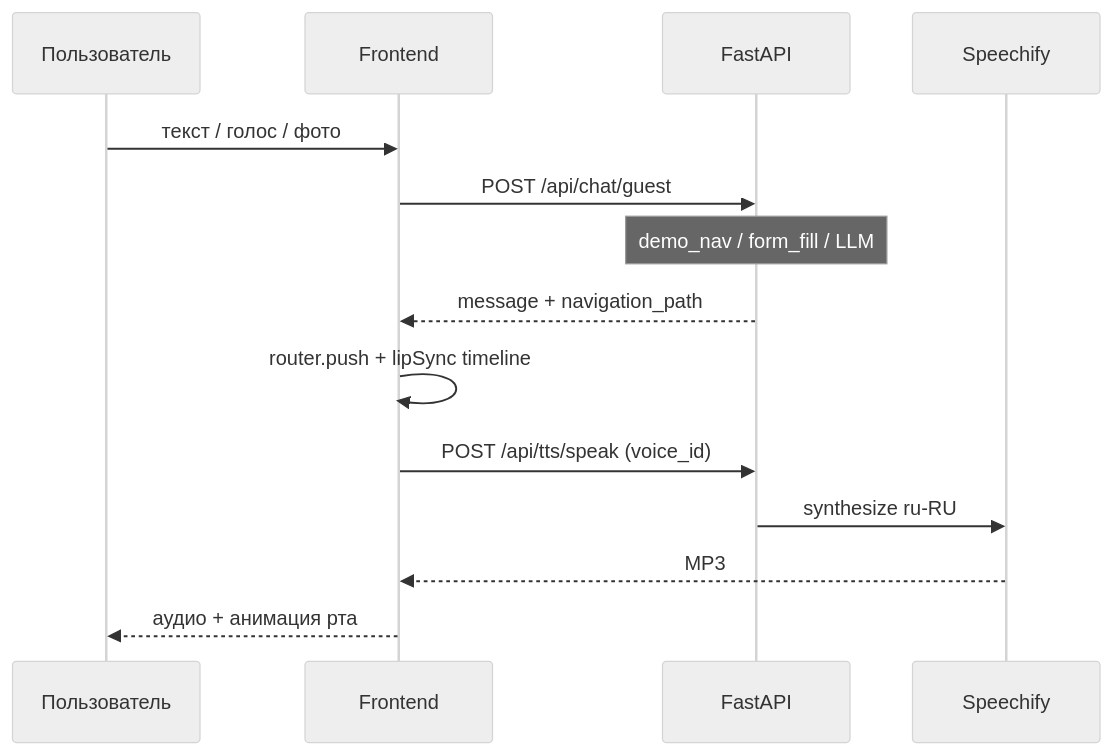
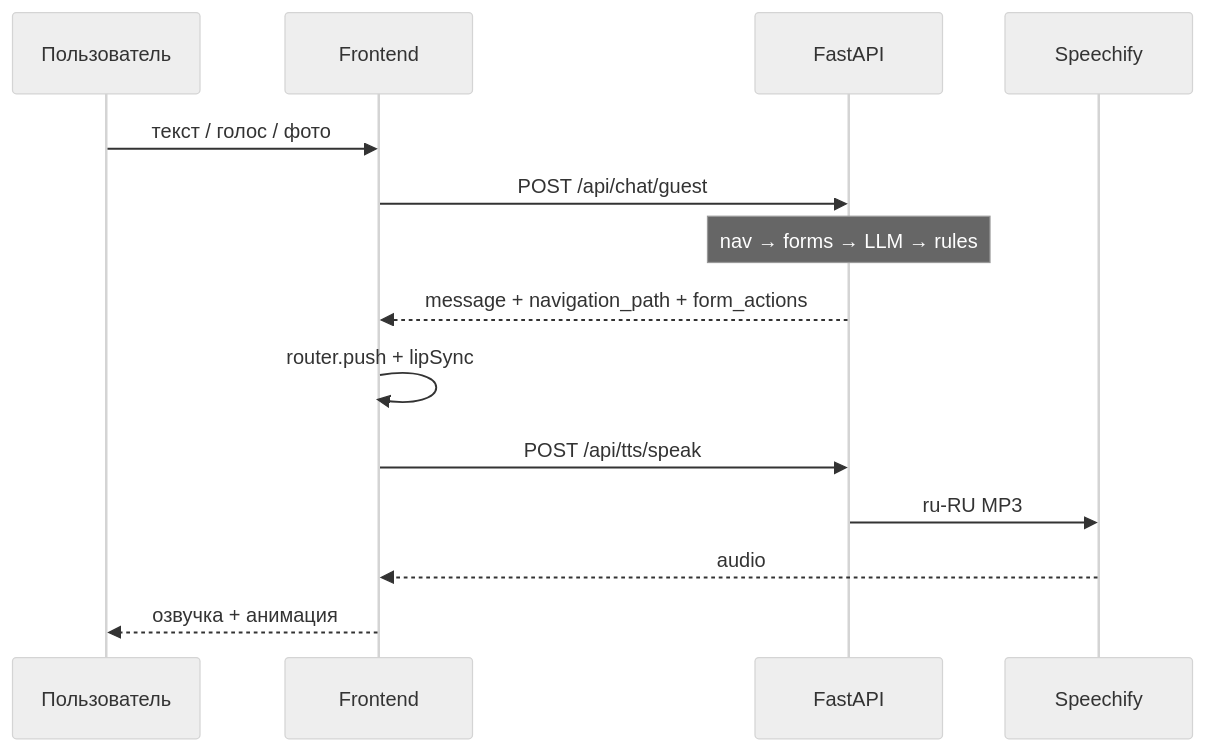
The fifth of 5 diagrams in docs/ARCHITECTURE.md (grrraaaa/mvp), drawn with Mermaid (neutral theme) before and after one commit. The commit also changed other lines of this file and 11 other files, not shown here.

First line of the commit message:
docs: add FEATURE_MAP with Mermaid diagrams and refresh docs index

````diff
--- a/docs/ARCHITECTURE.md
+++ b/docs/ARCHITECTURE.md
@@ -77,17 +117,17 @@
 ```mermaid
 sequenceDiagram
     participant U as Пользователь
     participant FE as Frontend
     participant BE as FastAPI
     participant SP as Speechify
 
     U->>FE: текст / голос / фото
     FE->>BE: POST /api/chat/guest
-    Note over BE: demo_nav / form_fill / LLM
-    BE-->>FE: message + navigation_path
-    FE->>FE: router.push + lipSync timeline
-    FE->>BE: POST /api/tts/speak (voice_id)
-    BE->>SP: synthesize ru-RU
-    SP-->>FE: MP3
-    FE-->>U: аудио + анимация рта
+    Note over BE: nav → forms → LLM → rules
+    BE-->>FE: message + navigation_path + form_actions
+    FE->>FE: router.push + lipSync
+    FE->>BE: POST /api/tts/speak
+    BE->>SP: ru-RU MP3
+    SP-->>FE: audio
+    FE-->>U: озвучка + анимация
 ```
````
